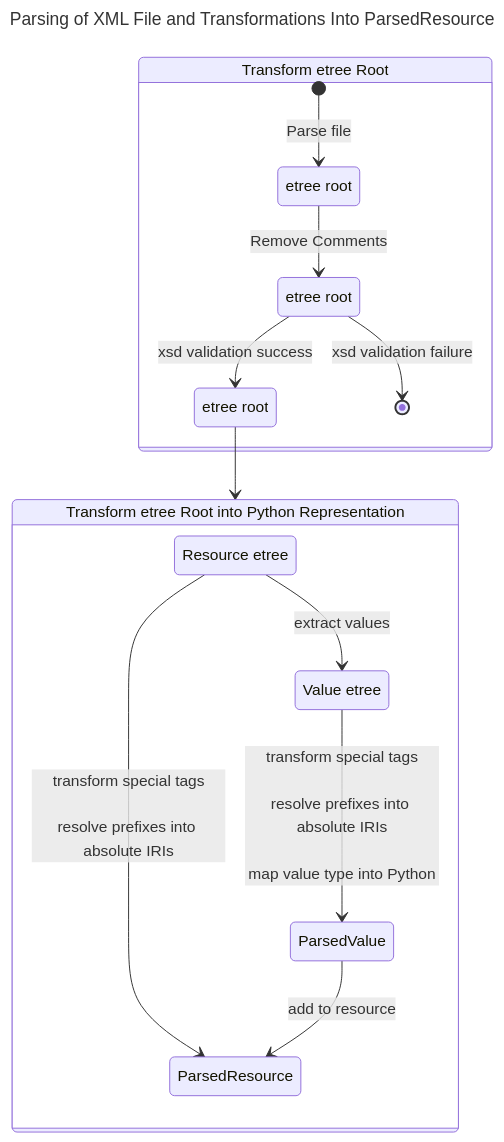
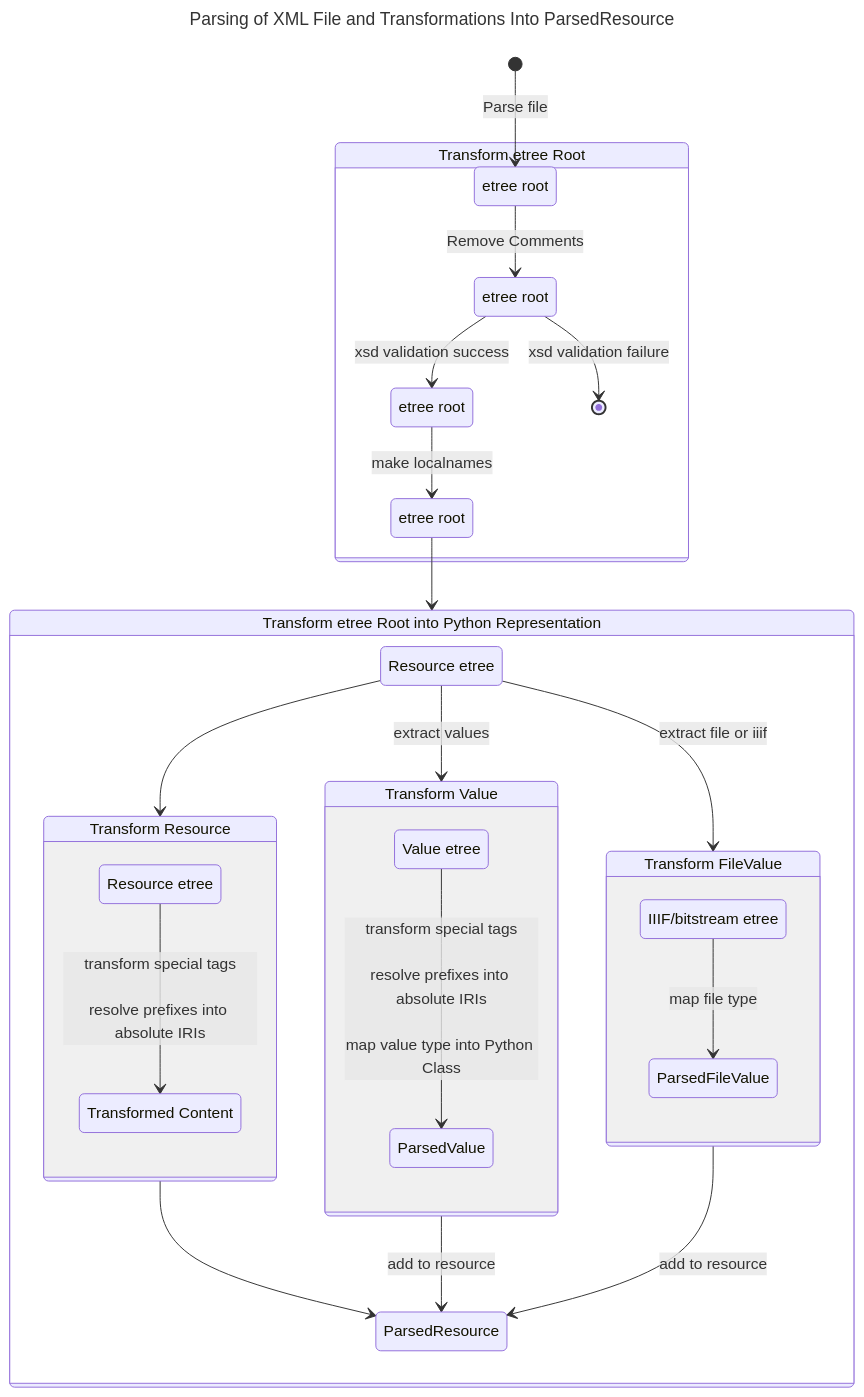
One commit to dasch-swiss/dsp-tools changed the second of 3 diagrams in docs/developers/architecture.md. Above: the diagram before and after it, drawn with Mermaid. The commit also changed other lines of this file, not shown here.

````diff
--- a/docs/developers/architecture.md
+++ b/docs/developers/architecture.md
@@ -48,29 +48,53 @@
 ```mermaid
 ---
 title: Parsing of XML File and Transformations Into ParsedResource
 ---
 stateDiagram-v2
 state "Transform etree Root" as eroot
 state "Transform etree Root into Python Representation" as transpy
+state "Resource etree" as resetree1
+state "Resource etree" as resetree2
+state "ParsedResource" as respars
+state "Value etree" as valtree
+state "IIIF/bitstream etree" as filetree
+state "ParsedValue" as valpars
+state "ParsedFileValue" as filepars
+state "Transform Resource" as transres
+state "Transform Value" as transval
+state "Transform FileValue" as transfile
+state "Transformed Content" as rescontent
 
-r3-->transpy
+[*]-->r1: Parse file
+
+r4-->transpy
     state eroot {
         state "etree root" as r1
         state "etree root" as r2
         state "etree root" as r3
-        [*]-->r1: Parse file
+        state "etree root" as r4
         r1-->r2: Remove Comments
         r2-->[*]: xsd validation failure
         r2-->r3: xsd validation success
+        r3-->r4: make localnames
     }
     state transpy {
-        state "Resource etree" as resetree
-        state "ParsedResource" as respars
-        state "Value etree" as valtree
-        state "ParsedValue" as valpars
-        resetree-->valtree: extract values
-        valtree-->valpars: transform special tags</br></br>resolve prefixes into absolute IRIs</br></br>map value type into Python
-        resetree-->respars: transform special tags</br></br>resolve prefixes into absolute IRIs
-        valpars-->respars: add to resource
+        resetree1-->transres
+        resetree1-->transval: extract values
+        resetree1-->transfile: extract file or iiif
+        
+        state transres {
+            resetree2-->rescontent: transform special tags</br></br>resolve prefixes into absolute IRIs
+        }
+        transres-->respars
+
+        state transval {
+            valtree-->valpars: transform special tags</br></br>resolve prefixes into absolute IRIs</br></br>map value type into Python Class
+        }
+        transval-->respars: add to resource
+
+        state transfile {
+            filetree-->filepars: map file type
+        }
+        transfile-->respars: add to resource
     }
 ```
````
